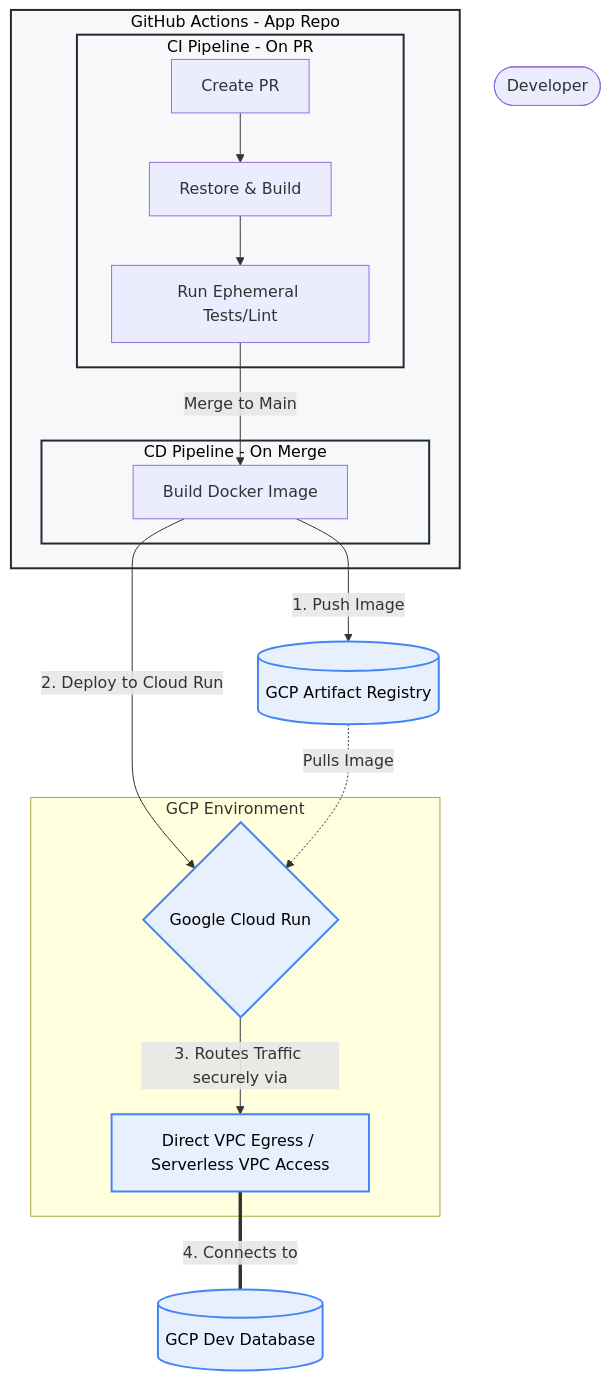
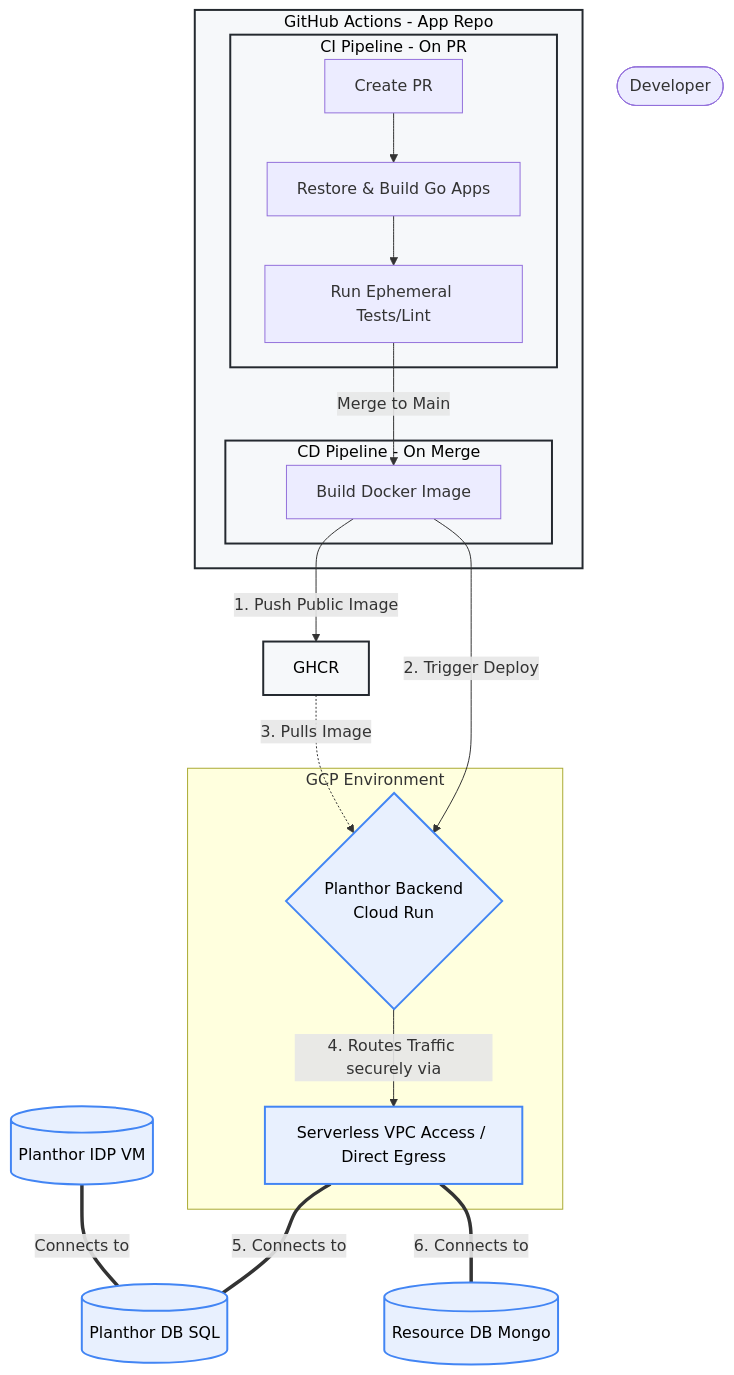
The second of 3 diagrams in i18n/vi/docusaurus-plugin-content-docs/current/devops.md (Planthor/planthor-documentation), drawn with Mermaid before and after one commit. The commit also changed other lines of this file and 17 other files, not shown here.

Commit message:
docs: update architecture, devops, and roadmap with Vietnamese translations

````diff
--- a/i18n/vi/docusaurus-plugin-content-docs/current/devops.md
+++ b/i18n/vi/docusaurus-plugin-content-docs/current/devops.md
@@ -16,37 +98,42 @@
 ```mermaid
 graph TD
     %% Entities
     Dev([Developer])
-    Registry[(GCP Artifact Registry)]
-    DevDB[(GCP Dev Database)]
+    Registry[GHCR]
+    PlanthorDB[(Planthor DB SQL)]
+    ResourceDB[(Resource DB Mongo)]
+    PlanthorIDP[(Planthor IDP VM)]
 
     %% GitHub Actions
     subgraph GitHub [GitHub Actions - App Repo]
         subgraph CI [CI Pipeline - On PR]
-            PR[Create PR] --> RestoreBuild[Restore & Build]
+            PR[Create PR] --> RestoreBuild[Restore & Build Go Apps]
             RestoreBuild --> Tests[Run Ephemeral Tests/Lint]
         end
         
         subgraph CD [CD Pipeline - On Merge]
             Tests -->|Merge to Main| BuildImage[Build Docker Image]
         end
     end
 
     %% GCP Environment
     subgraph GCP Environment
-        CloudRun{Google Cloud Run}
-        VPC[Direct VPC Egress / Serverless VPC Access]
+        PlanthorBackend{Planthor Backend <br/> Cloud Run}
+        VPC[Serverless VPC Access / Direct Egress]
     end
 
     %% Connections
-    BuildImage -->|1. Push Image| Registry
-    BuildImage -->|2. Deploy to Cloud Run| CloudRun
-    Registry -.->|Pulls Image| CloudRun
-    CloudRun -->|3. Routes Traffic securely via| VPC
-    VPC ===|4. Connects to| DevDB
-
+    BuildImage -->|1. Push Public Image| Registry
+    BuildImage -->|2. Trigger Deploy| PlanthorBackend
+    Registry -.->|3. Pulls Image| PlanthorBackend
+    PlanthorBackend -->|4. Routes Traffic securely via| VPC
+    VPC ===|5. Connects to| PlanthorDB
+    VPC ===|6. Connects to| ResourceDB
+    PlanthorIDP ===|Connects to| PlanthorDB
+    
+    %% Styling
     classDef gcp fill:#e8f0fe,stroke:#4285f4,stroke-width:2px,color:#000;
     classDef git fill:#f6f8fa,stroke:#24292f,stroke-width:2px,color:#000;
-    class Registry,DevDB,CloudRun,VPC gcp;
-    class CI,CD,GitHub git;
+    class PlanthorDB,PlanthorBackend,VPC,PlanthorIDP,ResourceDB gcp;
+    class CI,CD,GitHub,Registry git;
 ```
````
